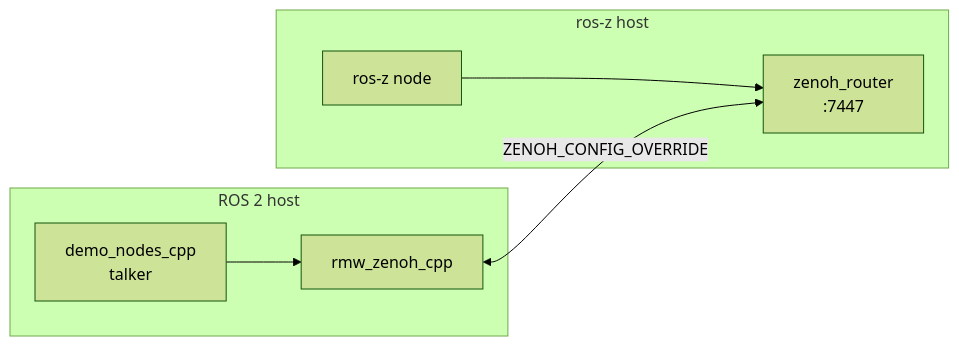
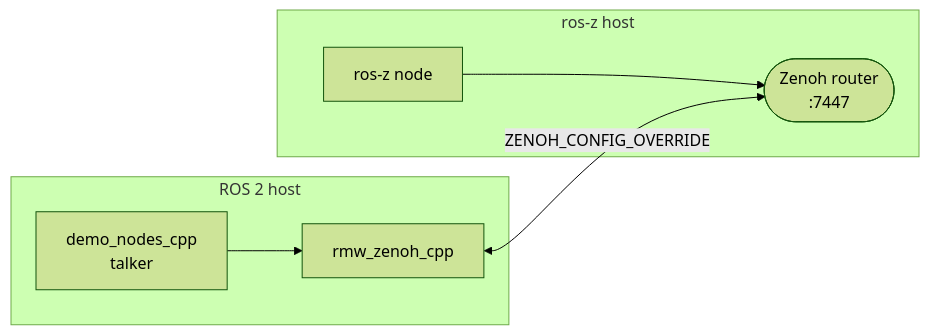
One commit to ZettaScaleLabs/ros-z changed the fourth of 4 diagrams in book/src/chapters/interop.md. Above: the diagram before and after it, drawn with Mermaid (forest theme). The commit also changed other lines of this file, not shown here.

Commit message:
docs(interop): unify router as generic 'Zenoh router' in diagrams, link to Networking chapter

````diff
--- a/book/src/chapters/interop.md
+++ b/book/src/chapters/interop.md
@@ -103,11 +108,11 @@
 ```mermaid
 graph LR
     subgraph rosz ["ros-z host"]
-        router["zenoh_router<br>:7447"]
+        router(["Zenoh router<br>:7447"])
         node["ros-z node"] --> router
     end
     subgraph ros2 ["ROS 2 host"]
         talker["demo_nodes_cpp<br>talker"] --> rmw["rmw_zenoh_cpp"]
     end
     rmw <-->|"ZENOH_CONFIG_OVERRIDE"| router
 ```
````
